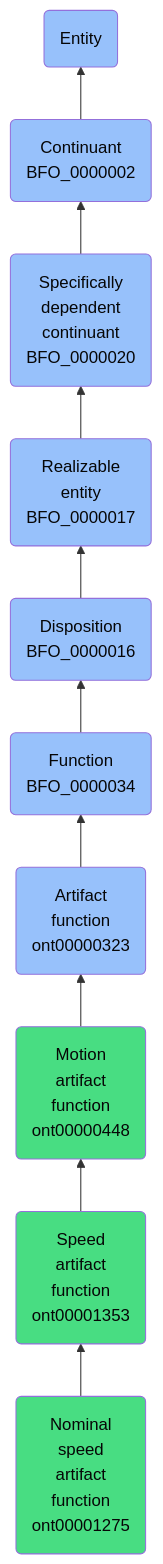
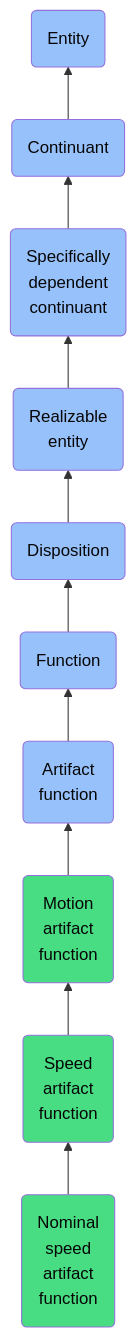
The diagram in docs/ontology/reference/model/Entity/Continuant/Specifically dependent continuant/Realizable entity/Disposition/Function/Artifact function/Motion artifact function/Speed artifact function/Nominal speed artifact function/Nominal speed artifact function.md (jupyter-naas/abi), drawn with Mermaid before and after one commit. The commit also changed other lines of this file and 1430 other files, not shown here.

````diff
--- a/docs/ontology/reference/model/Entity/Continuant/Specifically dependent continuant/Realizable entity/Disposition/Function/Artifact function/Motion artifact function/Speed artifact function/Nominal speed artifact function/Nominal speed artifact function.md
+++ b/docs/ontology/reference/model/Entity/Continuant/Specifically dependent continuant/Realizable entity/Disposition/Function/Artifact function/Motion artifact function/Speed artifact function/Nominal speed artifact function/Nominal speed artifact function.md
@@ -24,17 +24,17 @@
 ```mermaid
 graph BT
-    ont00001275(Nominal<br>speed<br>artifact<br>function<br>ont00001275):::ABI-->ont00001353
-    ont00001353(Speed<br>artifact<br>function<br>ont00001353):::ABI-->ont00000448
-    ont00000448(Motion<br>artifact<br>function<br>ont00000448):::ABI-->ont00000323
-    ont00000323(Artifact<br>function<br>ont00000323):::BFO-->BFO_0000034
-    BFO_0000034(Function<br>BFO_0000034):::BFO-->BFO_0000016
-    BFO_0000016(Disposition<br>BFO_0000016):::BFO-->BFO_0000017
-    BFO_0000017(Realizable<br>entity<br>BFO_0000017):::BFO-->BFO_0000020
-    BFO_0000020(Specifically<br>dependent<br>continuant<br>BFO_0000020):::BFO-->BFO_0000002
-    BFO_0000002(Continuant<br>BFO_0000002):::BFO-->BFO_0000001
+    ont00001275(Nominal<br>speed<br>artifact<br>function):::ABI-->ont00001353
+    ont00001353(Speed<br>artifact<br>function):::ABI-->ont00000448
+    ont00000448(Motion<br>artifact<br>function):::ABI-->ont00000323
+    ont00000323(Artifact<br>function):::BFO-->BFO_0000034
+    BFO_0000034(Function):::BFO-->BFO_0000016
+    BFO_0000016(Disposition):::BFO-->BFO_0000017
+    BFO_0000017(Realizable<br>entity):::BFO-->BFO_0000020
+    BFO_0000020(Specifically<br>dependent<br>continuant):::BFO-->BFO_0000002
+    BFO_0000002(Continuant):::BFO-->BFO_0000001
     BFO_0000001(Entity):::BFO
     
     classDef BFO fill:#97c1fb,color:#060606
     classDef CCO fill:#e4c51e,color:#060606
     classDef ABI fill:#48DD82,color:#060606
 ```
````
